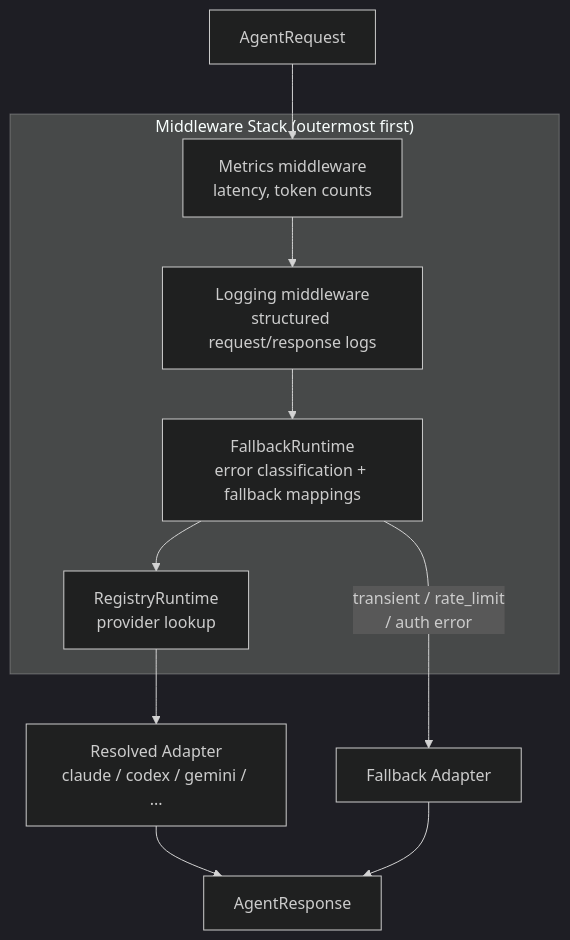
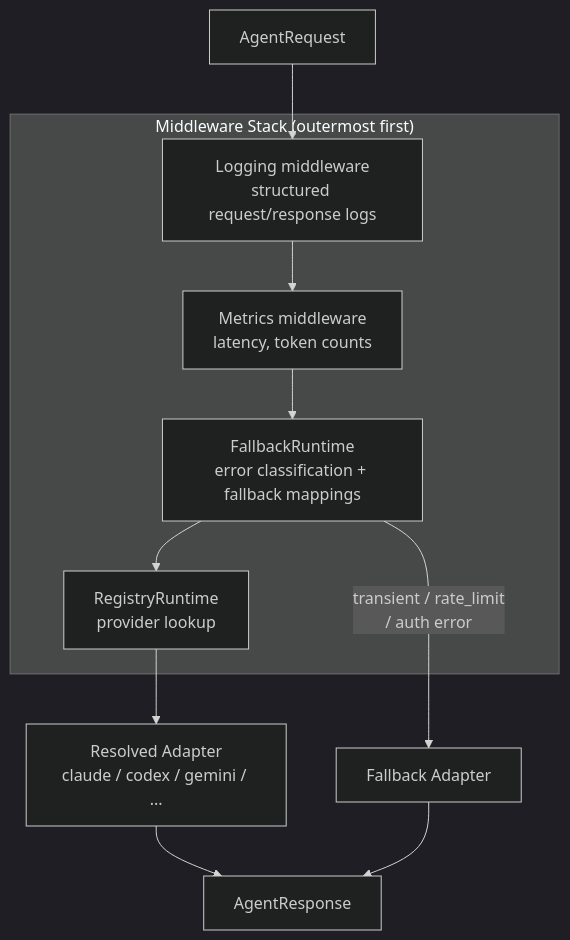
Before and after one commit to opus-domini/praetor: the third of 4 diagrams in docs/architecture.md, drawn with Mermaid. The commit also changed other lines of this file and 88 other files, not shown here.

````diff
--- a/docs/architecture.md
+++ b/docs/architecture.md
@@ -173,26 +175,26 @@
 ```mermaid
 ---
 config:
   theme: dark
 ---
 flowchart TD
-    REQ["AgentRequest"] --> METRICS
+    REQ["AgentRequest"] --> LOGGING
 
     subgraph stack ["Middleware Stack (outermost first)"]
+        LOGGING["Logging middleware<br>structured request/response logs"]
         METRICS["Metrics middleware<br>latency, token counts"]
-        LOGGING["Logging middleware<br>structured request/response logs"]
         FALLBACK["FallbackRuntime<br>error classification + fallback mappings"]
         REGISTRY["RegistryRuntime<br>provider lookup"]
     end
 
-    METRICS --> LOGGING
-    LOGGING --> FALLBACK
+    LOGGING --> METRICS
+    METRICS --> FALLBACK
     FALLBACK --> REGISTRY
 
     REGISTRY --> ADAPTER["Resolved Adapter<br>claude / codex / gemini / ..."]
 
     FALLBACK -- "transient / rate_limit<br>/ auth error" --> ALT["Fallback Adapter"]
 
     ADAPTER --> RESP["AgentResponse"]
     ALT --> RESP
 ```
````
